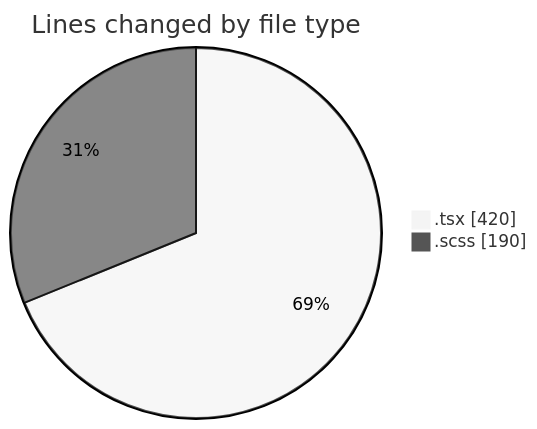
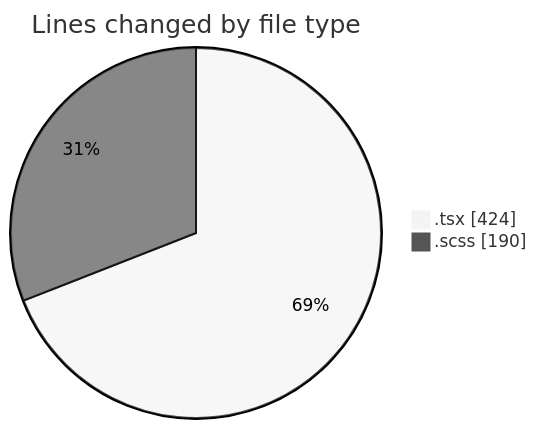
Before and after one commit to momahboobian/code-tracking: the first of 2 diagrams in 2026-04-10/cda/README.md, drawn with Mermaid (neutral theme). The commit also changed other lines of this file and 1 other file, not shown here.

````diff
--- a/2026-04-10/cda/README.md
+++ b/2026-04-10/cda/README.md
@@ -23,6 +24,6 @@
 ```mermaid
 pie showData
 title Lines changed by file type
-".tsx" : 420
+".tsx" : 424
 ".scss" : 190
 ```
````
